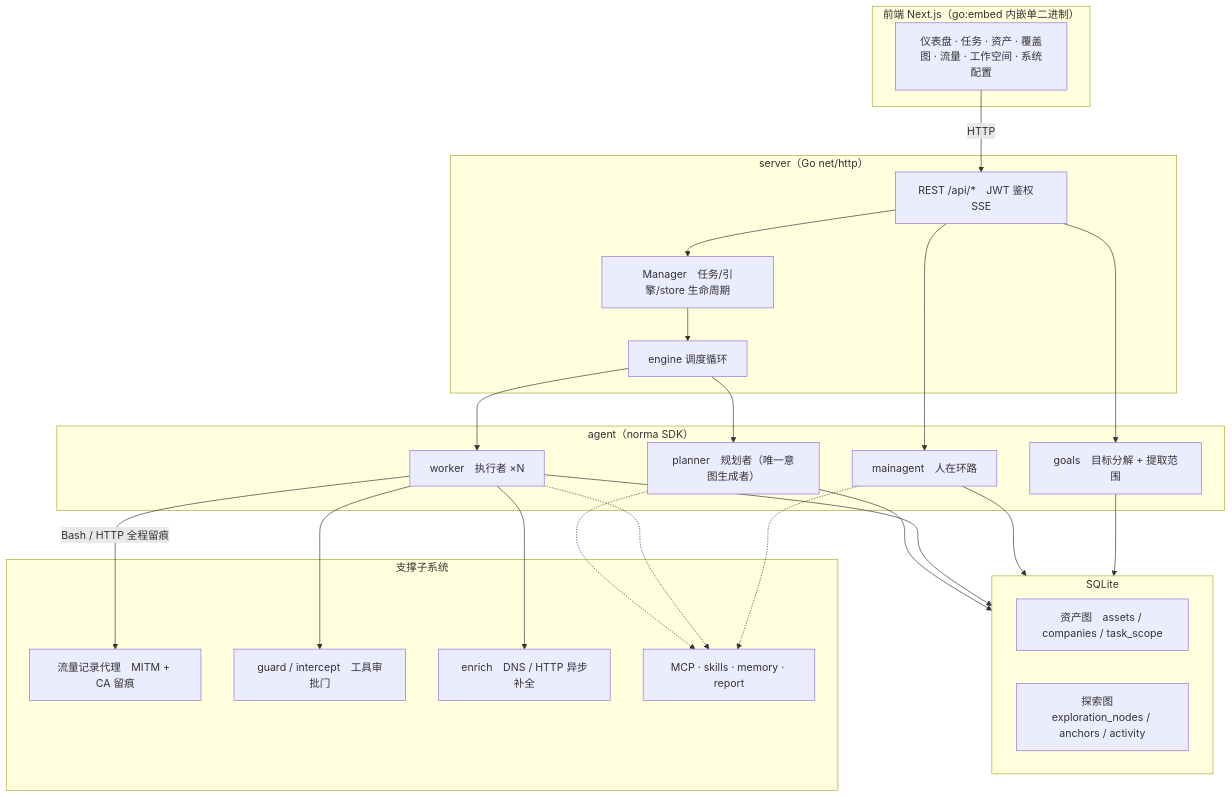
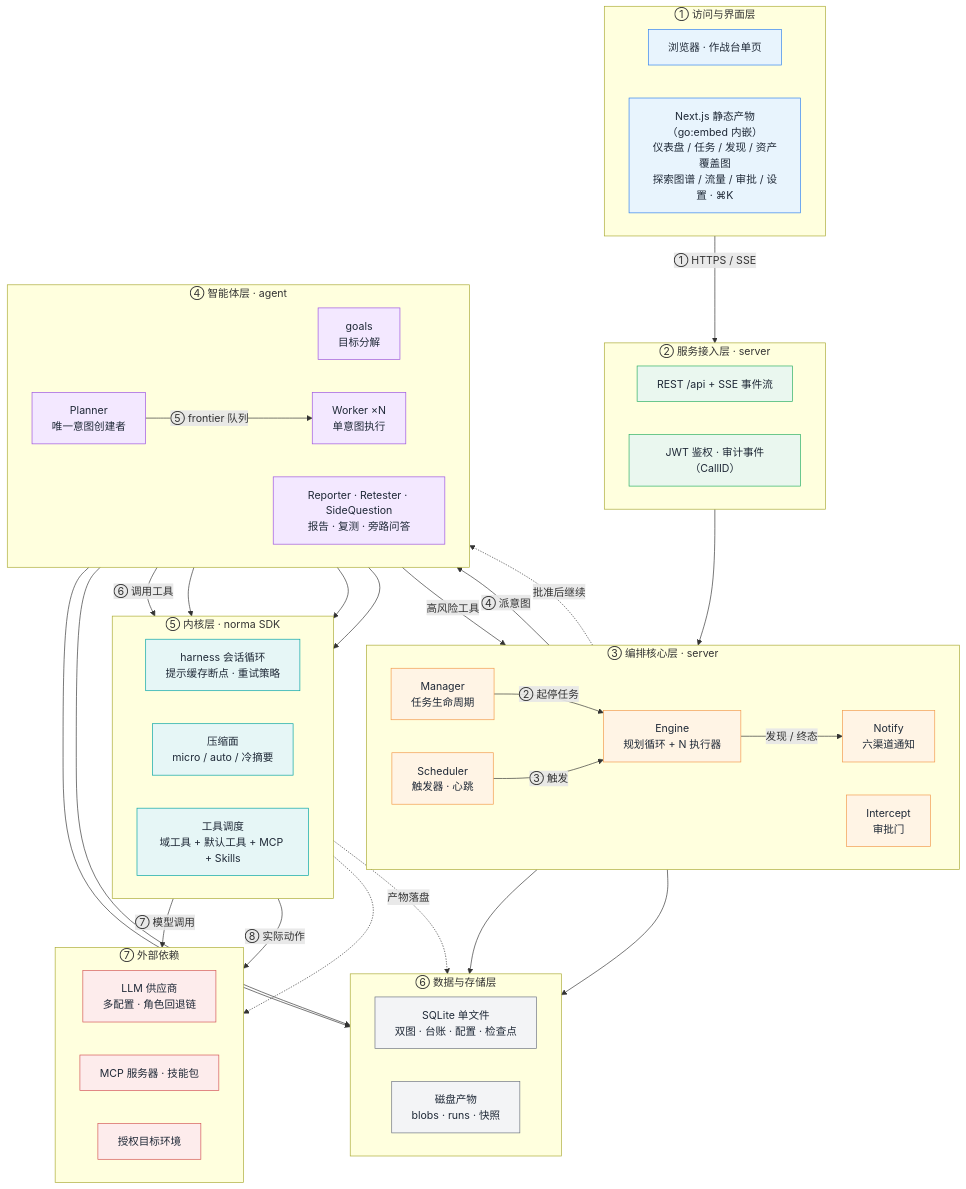
One commit to j5tv9nfzhn-hue/ARTEX-HYDRA changed the first of 6 diagrams in README.zh.md. Above: the diagram before and after it, drawn with Mermaid. The commit also changed other lines of this file and 3 other files, not shown here.

Commit message:
docs: 移除仓库截图预览，系统架构重写为六视图全新展示 [skip ci]

````diff
--- a/README.zh.md
+++ b/README.zh.md
@@ -301,44 +266,80 @@
 ```mermaid
 flowchart TB
-  subgraph FE["前端 Next.js（go:embed 内嵌单二进制）"]
-    UI["仪表盘 · 任务 · 资产 · 覆盖图 · 流量 · 工作空间 · 系统配置"]
+  subgraph L1["① 访问与界面层"]
+    direction LR
+    BR["浏览器 · 作战台单页"]
+    FED["Next.js 静态产物（go:embed 内嵌）<br/>仪表盘 / 任务 / 发现 / 资产覆盖图<br/>探索图谱 / 流量 / 审批 / 设置 · ⌘K"]
   end
-  subgraph SRV["server（Go net/http）"]
-    API["REST /api/*　JWT 鉴权　SSE"]
-    ENG["engine 调度循环"]
-    MGR["Manager　任务/引擎/store 生命周期"]
+  subgraph L2["② 服务接入层 · server"]
+    direction LR
+    API["REST /api + SSE 事件流"]
+    AUTH["JWT 鉴权 · 审计事件（CallID）"]
   end
-  subgraph AG["agent（norma SDK）"]
-    GO["goals　目标分解 + 提取范围"]
-    PL["planner　规划者（唯一意图生成者）"]
-    WK["worker　执行者 ×N"]
-    MA["mainagent　人在环路"]
+  subgraph L3["③ 编排核心层 · server"]
+    direction LR
+    MGR["Manager<br/>任务生命周期"]
+    ENG["Engine<br/>规划循环 + N 执行器"]
+    SCH["Scheduler<br/>触发器 · 心跳"]
+    INV["Intercept<br/>审批门"]
+    NOT["Notify<br/>六渠道通知"]
   end
-  subgraph DB["SQLite"]
-    AGRAPH["资产图　assets / companies / task_scope"]
-    EGRAPH["探索图　exploration_nodes / anchors / activity"]
+  subgraph L4["④ 智能体层 · agent"]
+    direction LR
+    GOALS["goals<br/>目标分解"]
+    PLAN["Planner<br/>唯一意图创建者"]
+    WORK["Worker ×N<br/>单意图执行"]
+    OTHER["Reporter · Retester · SideQuestion<br/>报告 · 复测 · 旁路问答"]
   end
-  subgraph SUB["支撑子系统"]
-    PROXY["流量记录代理　MITM + CA 留痕"]
-    GUARD["guard / intercept　工具审批门"]
-    ENR["enrich　DNS / HTTP 异步补全"]
-    EXT["MCP · skills · memory · report"]
+  subgraph L5["⑤ 内核层 · norma SDK"]
+    direction LR
+    HK["harness 会话循环<br/>提示缓存断点 · 重试策略"]
+    CP["压缩面<br/>micro / auto / 冷摘要"]
+    TL["工具调度<br/>域工具 + 默认工具 + MCP + Skills"]
   end
-
-  UI -->|HTTP| API
-  API --> MGR --> ENG
-  ENG --> PL
-  ENG --> WK
-  API --> MA
-  API --> GO
-  PL --> DB
-  WK --> DB
-  MA --> DB
-  GO --> DB
-  WK -->|"Bash / HTTP 全程留痕"| PROXY
-  WK --> GUARD
-  WK --> ENR
-  PL -.-> EXT
-  WK -.-> EXT
-  MA -.-> EXT
+  subgraph L6["⑥ 数据与存储层"]
+    direction LR
+    SQL["SQLite 单文件<br/>双图 · 台账 · 配置 · 检查点"]
+    DISK["磁盘产物<br/>blobs · runs · 快照"]
+  end
+  subgraph L7["⑦ 外部依赖"]
+    direction LR
+    LLM["LLM 供应商<br/>多配置 · 角色回退链"]
+    MCPE["MCP 服务器 · 技能包"]
+    TGT["授权目标环境"]
+  end
+  BR -->|"① HTTPS / SSE"| API
+  API --> MGR
+  MGR -->|"② 起停任务"| ENG
+  SCH -->|"③ 触发"| ENG
+  ENG -->|"④ 派意图"| PLAN
+  PLAN -->|"⑤ frontier 队列"| WORK
+  WORK -->|"⑥ 调用工具"| TL
+  WORK -->|"高风险工具"| INV
+  INV -.->|"批准后继续"| WORK
+  PLAN --> HK
+  WORK --> HK
+  OTHER --> HK
+  HK -->|"⑦ 模型调用"| LLM
+  TL -->|"⑧ 实际动作"| TGT
+  TL -.-> MCPE
+  PLAN --> SQL
+  WORK --> SQL
+  ENG --> SQL
+  NOT --> SQL
+  ENG -->|"发现 / 终态"| NOT
+  TL -.->|"产物落盘"| DISK
+  classDef c1 fill:#E8F4FD,stroke:#2F80ED,color:#1F2937
+  classDef c2 fill:#EAF7EF,stroke:#27AE60,color:#1F2937
+  classDef c3 fill:#FFF4E5,stroke:#F2994A,color:#1F2937
+  classDef c4 fill:#F3E8FF,stroke:#9B51E0,color:#1F2937
+  classDef c5 fill:#E6F6F6,stroke:#00A3A3,color:#1F2937
+  classDef c6 fill:#F3F4F6,stroke:#6B7280,color:#1F2937
+  classDef c7 fill:#FDECEC,stroke:#D35454,color:#1F2937
+  class BR,FED c1
+  class API,AUTH c2
+  class MGR,ENG,SCH,INV,NOT c3
+  class GOALS,PLAN,WORK,OTHER c4
+  class HK,CP,TL c5
+  class SQL,DISK c6
+  class LLM,MCPE,TGT c7
 ```
````
